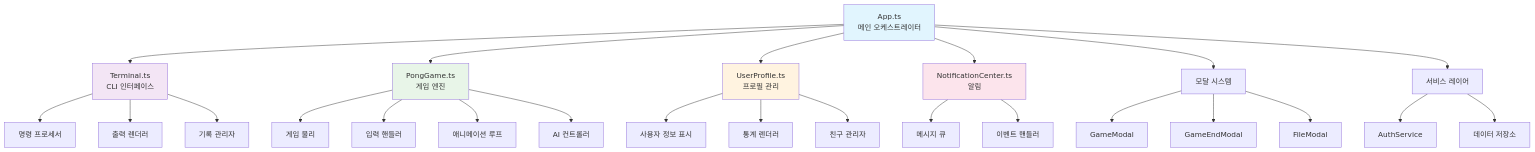
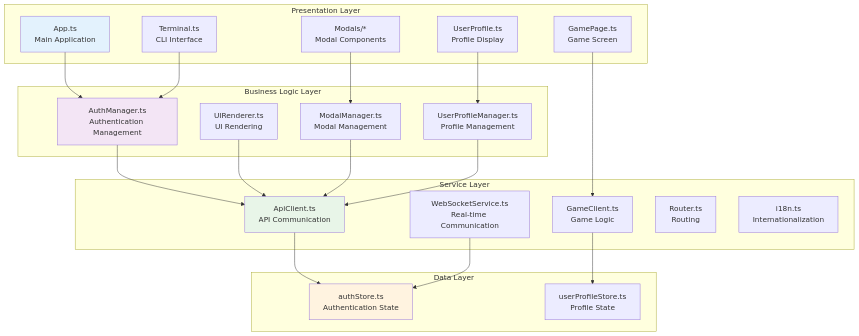
The first of 2 diagrams in docs/front-docs/component-architecture.md (pong42-dev/ft_transcendence), drawn with Mermaid before and after one commit. The commit also changed other lines of this file and 5 other files, not shown here.

Commit message:
chore: Remove internationalization guide and update project overview and architecture documentation to reflect new project name, features, and architecture details for ft_transcendence.

````diff
--- a/docs/front-docs/component-architecture.md
+++ b/docs/front-docs/component-architecture.md
@@ -50,38 +47,50 @@
 ```mermaid
-graph TD
-    A[App.ts<br/>메인 오케스트레이터] --> B[Terminal.ts<br/>CLI 인터페이스]
-    A --> C[PongGame.ts<br/>게임 엔진]
-    A --> D[UserProfile.ts<br/>프로필 관리]
-    A --> E[NotificationCenter.ts<br/>알림]
+graph TB
+    subgraph "Presentation Layer"
+        A[App.ts<br/>Main Application]
+        B[Terminal.ts<br/>CLI Interface]
+        C[UserProfile.ts<br/>Profile Display]
+        D[GamePage.ts<br/>Game Screen]
+        E[Modals/*<br/>Modal Components]
+    end
     
-    B --> B1[명령 프로세서]
-    B --> B2[출력 렌더러]
-    B --> B3[기록 관리자]
+    subgraph "Business Logic Layer"
+        F[AuthManager.ts<br/>Authentication Management]
+        G[UIRenderer.ts<br/>UI Rendering]
+        H[ModalManager.ts<br/>Modal Management]
+        I[UserProfileManager.ts<br/>Profile Management]
+    end
     
-    C --> C1[게임 물리]
-    C --> C2[입력 핸들러]
-    C --> C3[애니메이션 루프]
-    C --> C4[AI 컨트롤러]
+    subgraph "Service Layer"
+        J[ApiClient.ts<br/>API Communication]
+        K[WebSocketService.ts<br/>Real-time Communication]
+        L[GameClient.ts<br/>Game Logic]
+        M[Router.ts<br/>Routing]
+        N[i18n.ts<br/>Internationalization]
+    end
     
-    D --> D1[사용자 정보 표시]
-    D --> D2[통계 렌더러]
-    D --> D3[친구 관리자]
+    subgraph "Data Layer"
+        O[authStore.ts<br/>Authentication State]
+        P[userProfileStore.ts<br/>Profile State]
+    end
     
-    E --> E1[메시지 큐]
-    E --> E2[이벤트 핸들러]
+    A --> F
+    B --> F
+    C --> I
+    D --> L
+    E --> H
     
-    A --> F[모달 시스템]
-    F --> F1[GameModal]
-    F --> F2[GameEndModal]
-    F --> F3[FileModal]
+    F --> J
+    G --> J
+    H --> J
+    I --> J
     
-    A --> G[서비스 레이어]
-    G --> G1[AuthService]
-    G --> G2[데이터 저장소]
+    J --> O
+    K --> O
+    L --> P
     
-    style A fill:#e1f5fe
-    style B fill:#f3e5f5
-    style C fill:#e8f5e8
-    style D fill:#fff3e0
-    style E fill:#fce4ec
+    style A fill:#e3f2fd
+    style F fill:#f3e5f5
+    style J fill:#e8f5e8
+    style O fill:#fff3e0
 ```
````
